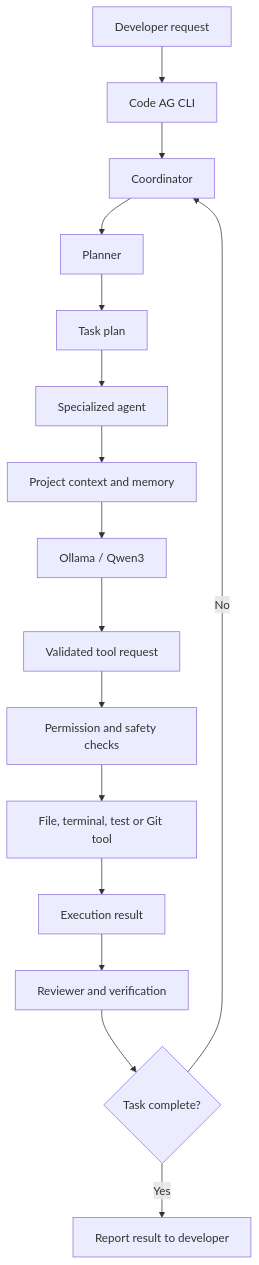
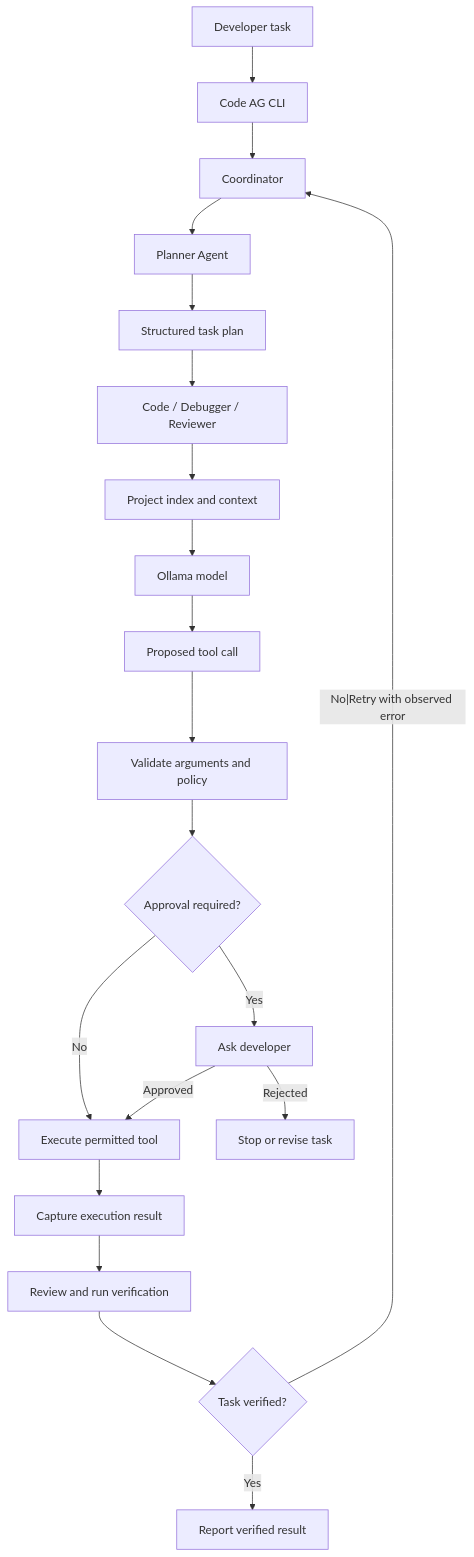
The diagram in README.md (dar2006sh8an13/coder-with-code), drawn with Mermaid before and after one commit. The commit also changed other lines of this file, not shown here.

Commit message:
docs: position Code AG as an autonomous AI coding agent

````diff
--- a/README.md
+++ b/README.md
@@ -133,18 +71,22 @@
 ```mermaid
 flowchart TD
-    A[Developer request] --> B[Code AG CLI]
+    A[Developer task] --> B[Code AG CLI]
     B --> C[Coordinator]
-    C --> D[Planner]
-    D --> E[Task plan]
-    E --> F[Specialized agent]
-    F --> G[Project context and memory]
-    G --> H[Ollama / Qwen3]
-    H --> I[Validated tool request]
-    I --> J[Permission and safety checks]
-    J --> K[File, terminal, test or Git tool]
-    K --> L[Execution result]
-    L --> M[Reviewer and verification]
-    M --> N{Task complete?}
-    N -- No --> C
-    N -- Yes --> O[Report result to developer]
+    C --> D[Planner Agent]
+    D --> E[Structured task plan]
+    E --> F[Code / Debugger / Reviewer]
+    F --> G[Project index and context]
+    G --> H[Ollama model]
+    H --> I[Proposed tool call]
+    I --> J[Validate arguments and policy]
+    J --> K{Approval required?}
+    K -- Yes --> L[Ask developer]
+    K -- No --> M[Execute permitted tool]
+    L -->|Approved| M
+    L -->|Rejected| N[Stop or revise task]
+    M --> O[Capture execution result]
+    O --> P[Review and run verification]
+    P --> Q{Task verified?}
+    Q -- No|Retry with observed error --> C
+    Q -- Yes --> R[Report verified result]
 ```
````
